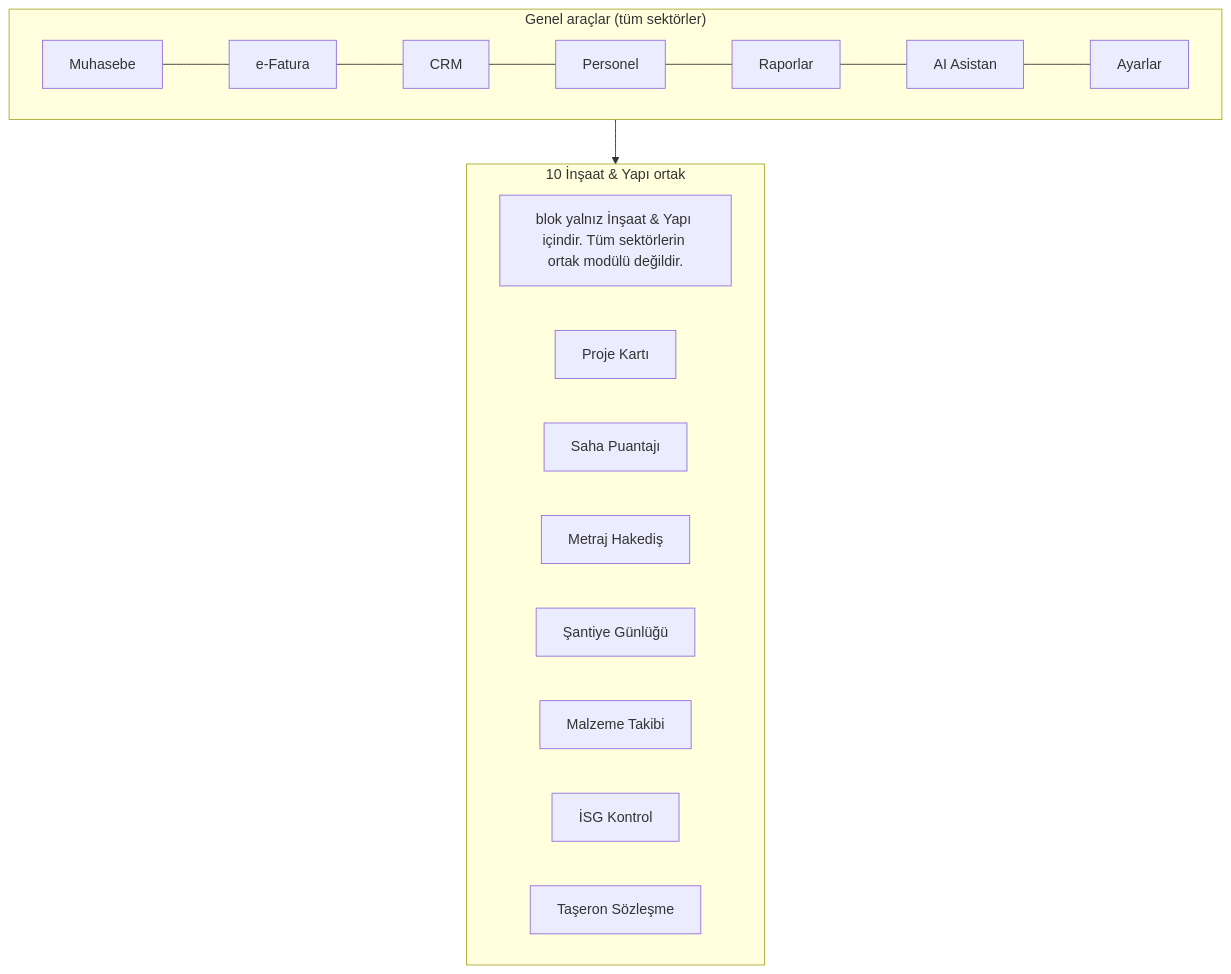
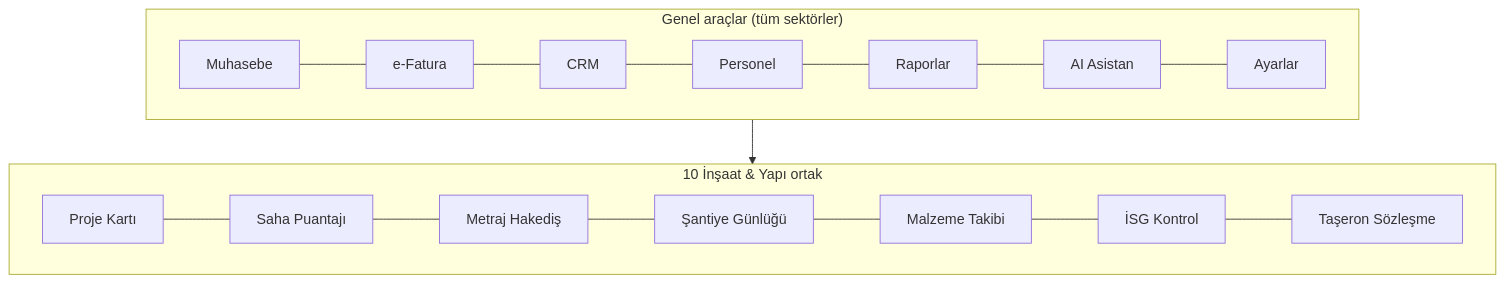
One commit to sametkarabulut-dev/xfuturepos-v2 changed the second of 2 diagrams in 01 Sektörler/10 İnşaat & Yapı.md. Above: the diagram before and after it, drawn with Mermaid. The commit also changed other lines of this file and 823 other files, not shown here.

````diff
--- a/01 Sektörler/10 İnşaat & Yapı.md
+++ b/01 Sektörler/10 İnşaat & Yapı.md
@@ -70,17 +61,10 @@
 ```mermaid
 flowchart TB
   subgraph GEN["Genel araçlar (tüm sektörler)"]
     G1[Muhasebe] --- G2[e-Fatura] --- G3[CRM] --- G4[Personel] --- G5[Raporlar] --- G6[AI Asistan] --- G7[Ayarlar]
   end
   subgraph OZEL["10 İnşaat & Yapı ortak"]
-    O1[blok yalnız İnşaat & Yapı içindir. Tüm sektörlerin ortak modülü değildir.]
-    O2[Proje Kartı]
-    O3[Saha Puantajı]
-    O4[Metraj Hakediş]
-    O5[Şantiye Günlüğü]
-    O6[Malzeme Takibi]
-    O7[İSG Kontrol]
-    O8[Taşeron Sözleşme]
+    O1[Proje Kartı] --- O2[Saha Puantajı] --- O3[Metraj Hakediş] --- O4[Şantiye Günlüğü] --- O5[Malzeme Takibi] --- O6[İSG Kontrol] --- O7[Taşeron Sözleşme]
   end
   GEN --> OZEL
 ```
````
